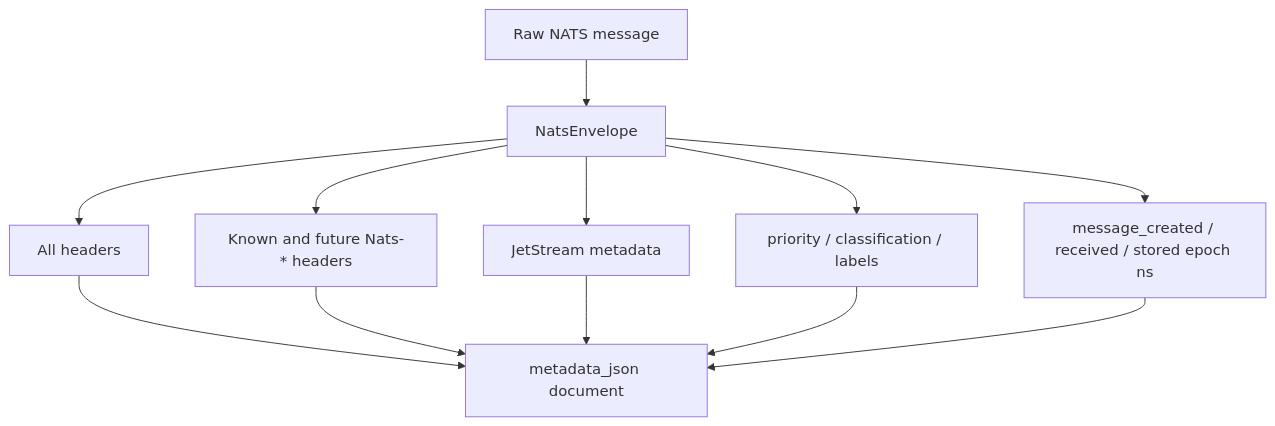
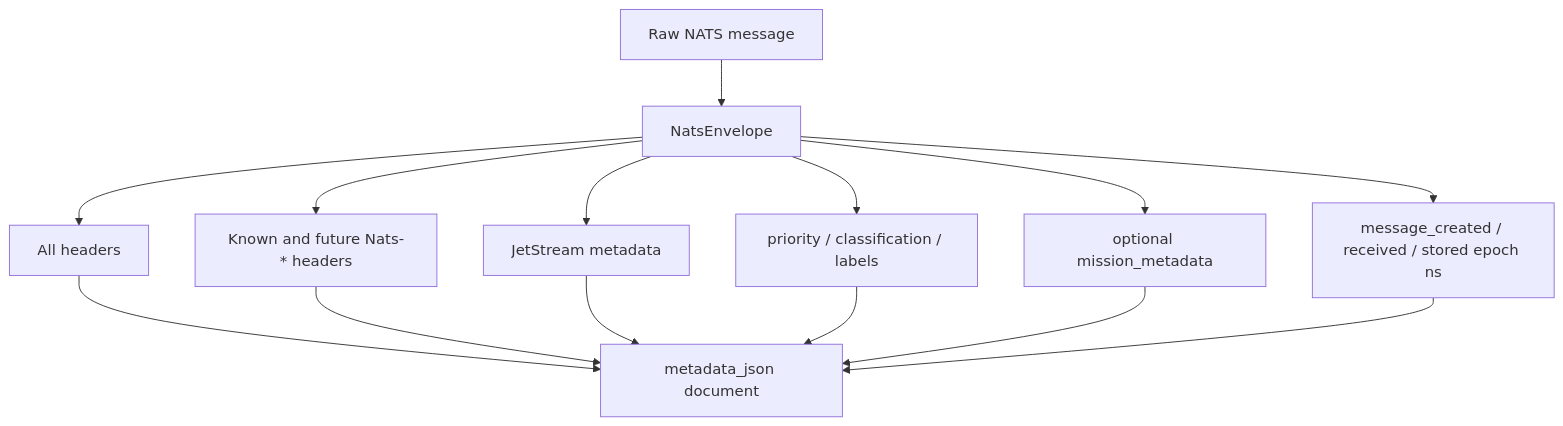
Before and after one commit to ProjectCuillin/nats-sinks: the fourth of 5 diagrams in docs/sink-framework.md, drawn with Mermaid. The commit also changed other lines of this file and 345 other files, not shown here.

````diff
--- a/docs/sink-framework.md
+++ b/docs/sink-framework.md
@@ -192,14 +198,16 @@
 ```mermaid
 flowchart TD
     Raw[Raw NATS message] --> Env[NatsEnvelope]
     Env --> Headers[All headers]
     Env --> Reserved[Known and future Nats-* headers]
     Env --> JS[JetStream metadata]
     Env --> AppMeta[priority / classification / labels]
+    Env --> MissionMeta[optional mission_metadata]
     Env --> Time[message_created / received / stored epoch ns]
     Headers --> Doc[metadata_json document]
     Reserved --> Doc
     JS --> Doc
     AppMeta --> Doc
+    MissionMeta --> Doc
     Time --> Doc
 ```
````
